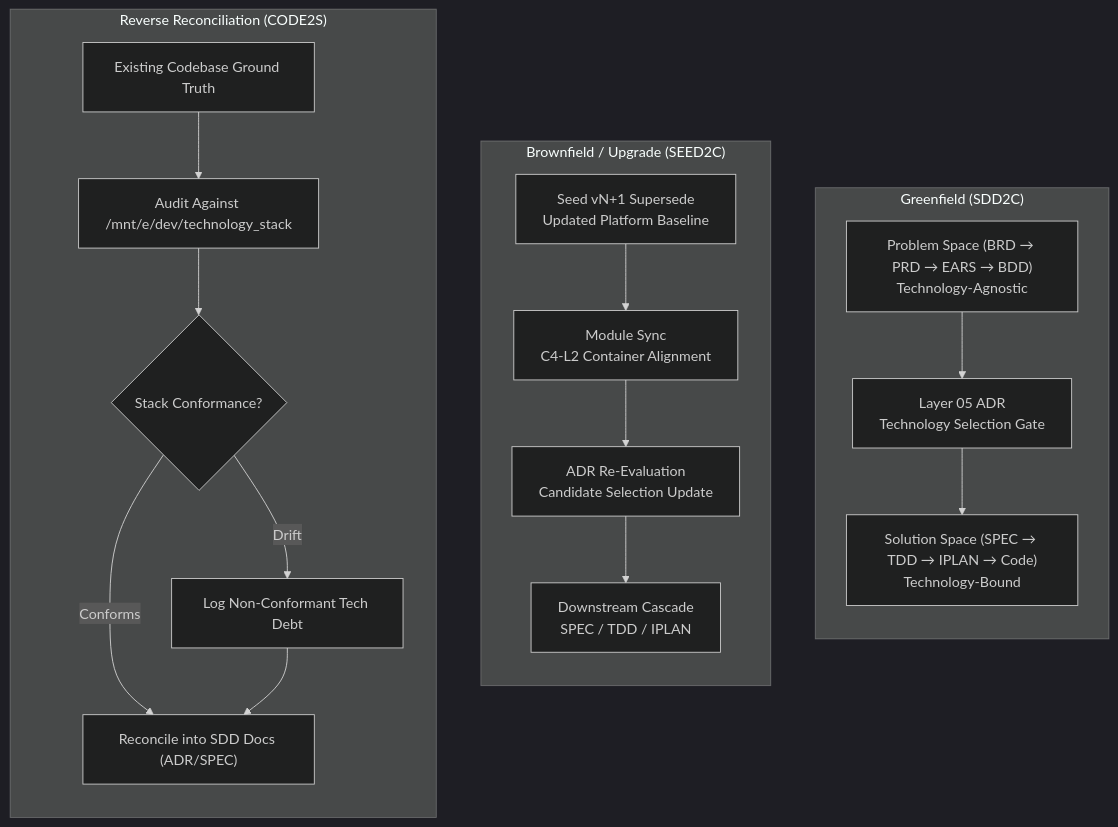
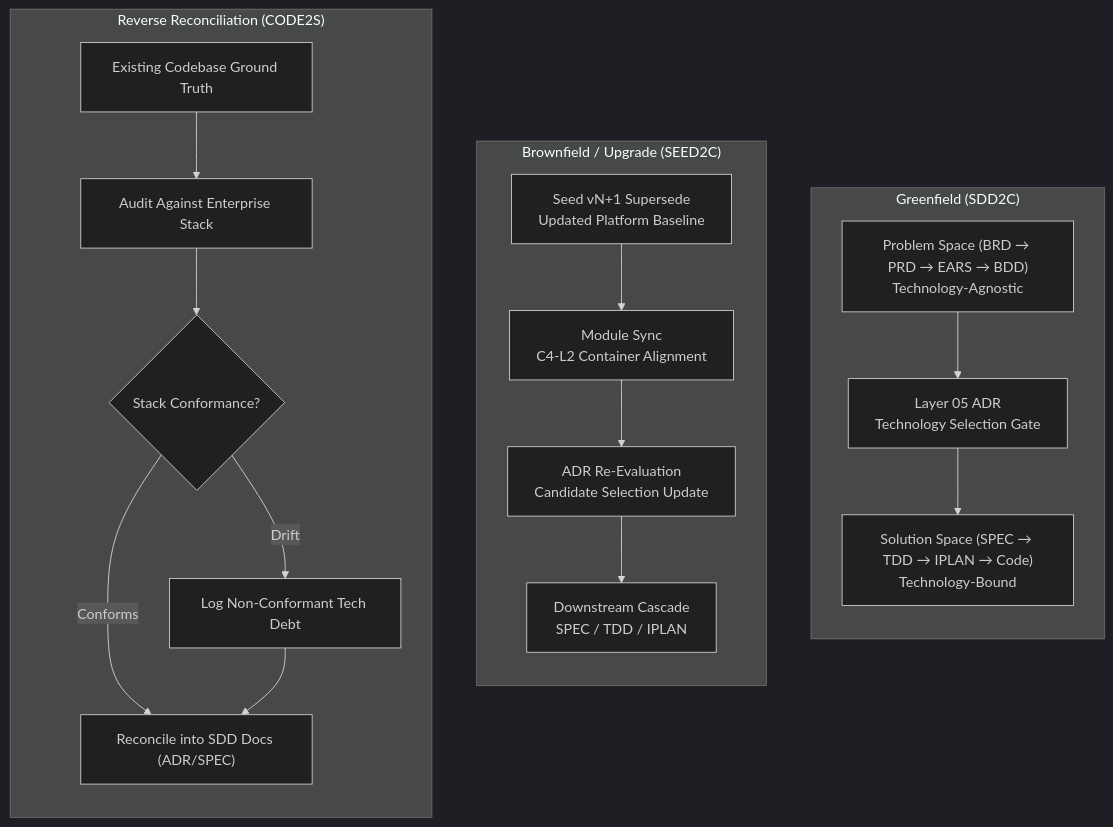
Before and after one commit to vladm3105/aidoc-flow-framework: the first of 2 diagrams in framework/governance/TECHNOLOGY_STACK_USAGE_GUIDE.md, drawn with Mermaid (dark theme). The commit also changed other lines of this file and 182 other files, not shown here.

First line of the commit message:
docs(governance): reference canonical technology stack github repo (CHG-92, GD-73) (#955)

````diff
--- a/framework/governance/TECHNOLOGY_STACK_USAGE_GUIDE.md
+++ b/framework/governance/TECHNOLOGY_STACK_USAGE_GUIDE.md
@@ -117,31 +117,31 @@
 ```mermaid
 flowchart TD
     subgraph SDD2C_FLOW["Greenfield (SDD2C)"]
         direction TB
         G_PROB["Problem Space (BRD → PRD → EARS → BDD)<br/>Technology-Agnostic"]
         G_GATE["Layer 05 ADR<br/>Technology Selection Gate"]
         G_SOL["Solution Space (SPEC → TDD → IPLAN → Code)<br/>Technology-Bound"]
         G_PROB --> G_GATE --> G_SOL
     end
 
     subgraph SEED2C_FLOW["Brownfield / Upgrade (SEED2C)"]
         direction TB
         S_SEED["Seed vN+1 Supersede<br/>Updated Platform Baseline"]
         S_MOD["Module Sync<br/>C4-L2 Container Alignment"]
         S_ADR["ADR Re-Evaluation<br/>Candidate Selection Update"]
         S_SPEC["Downstream Cascade<br/>SPEC / TDD / IPLAN"]
         S_SEED --> S_MOD --> S_ADR --> S_SPEC
     end
 
     subgraph CODE2S_FLOW["Reverse Reconciliation (CODE2S)"]
         direction TB
         C_CODE["Existing Codebase Ground Truth"]
-        C_AUDIT["Audit Against /mnt/e/dev/technology_stack"]
+        C_AUDIT["Audit Against Enterprise Stack"]
         C_GAP{"Stack Conformance?"}
         C_SDD["Reconcile into SDD Docs (ADR/SPEC)"]
         C_DEBT["Log Non-Conformant Tech Debt"]
         C_CODE --> C_AUDIT --> C_GAP
         C_GAP -->|Conforms| C_SDD
         C_GAP -->|Drift| C_DEBT --> C_SDD
     end
 ```
````
